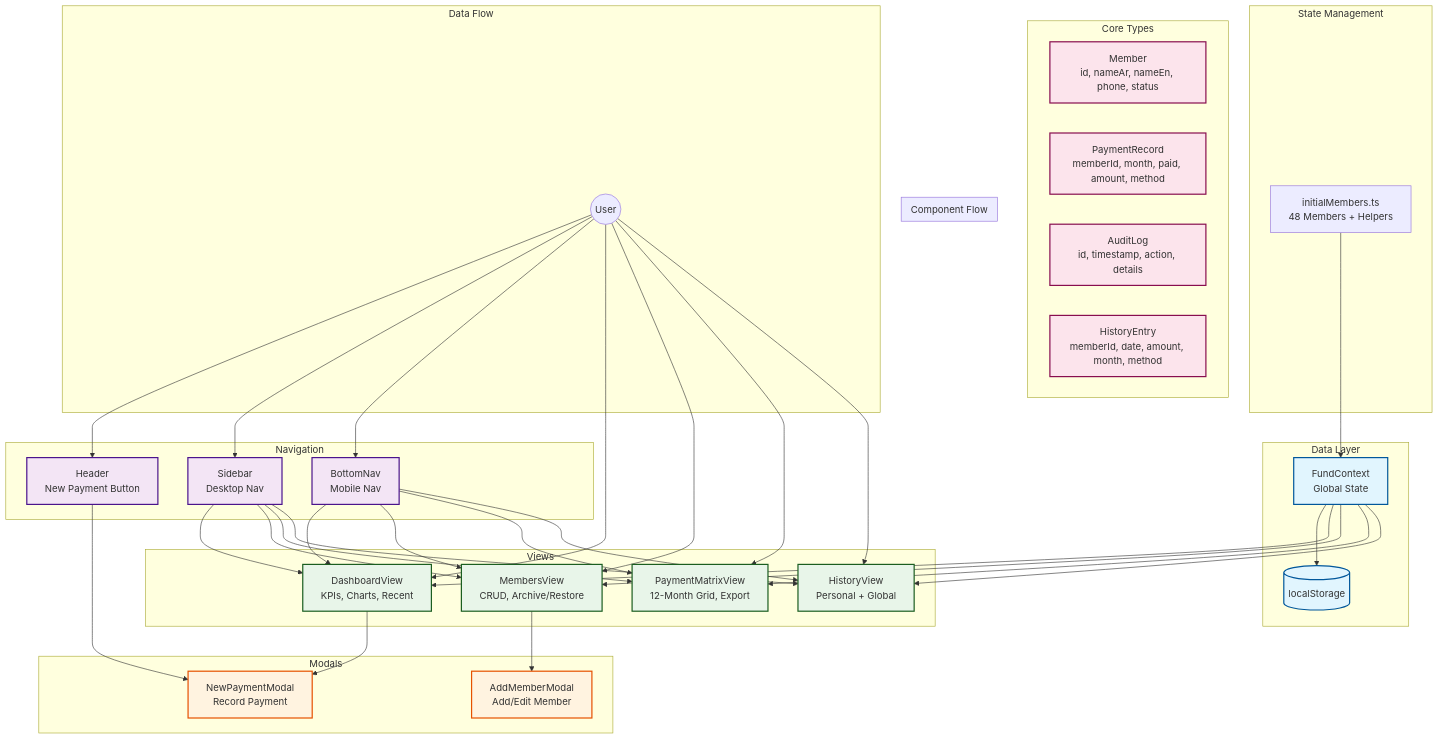
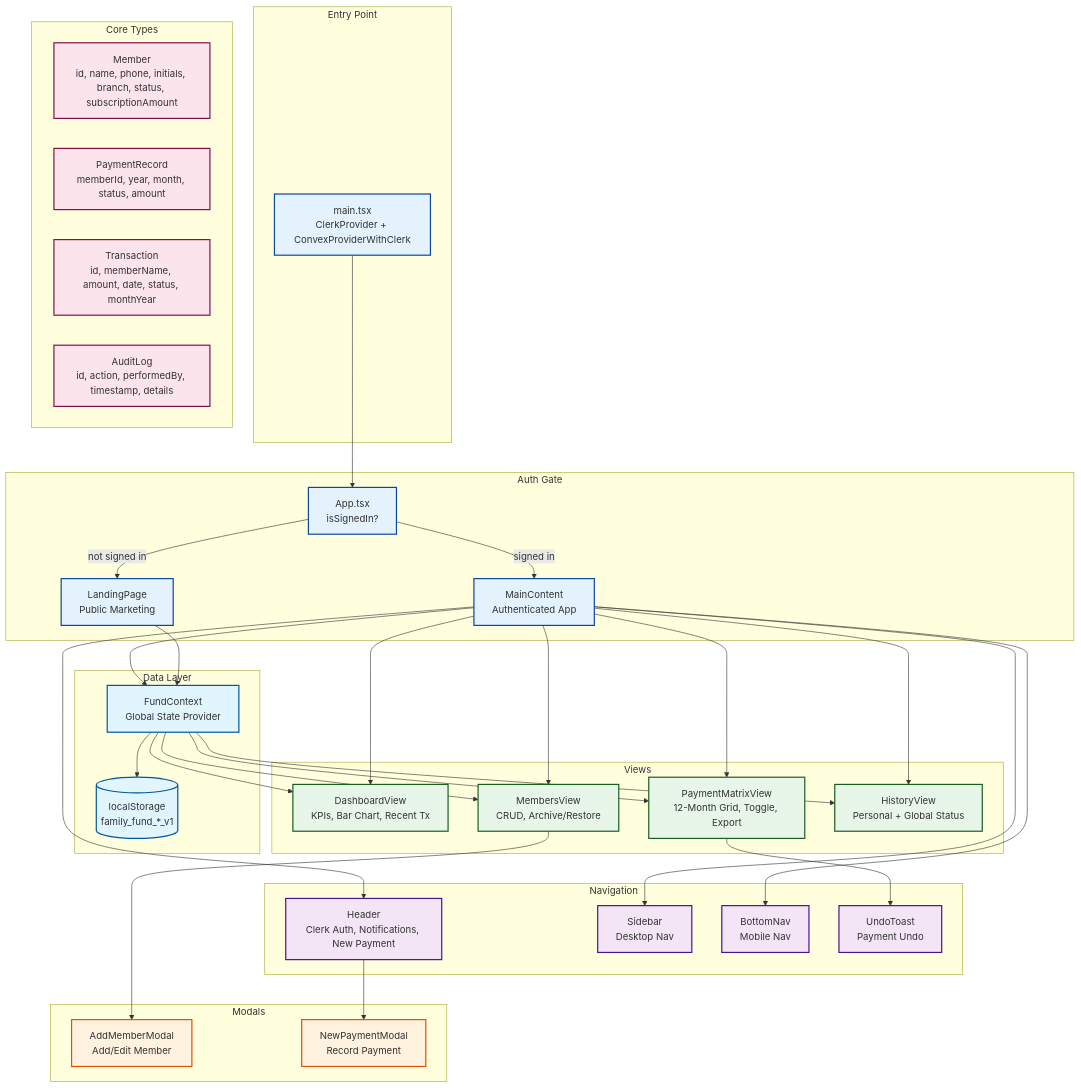
One commit to Abdoocoder/FamilyFund changed the first of 5 diagrams in ARCHITECTURE.md. Above: the diagram before and after it, drawn with Mermaid. The commit also changed other lines of this file and 3 other files, not shown here.

````diff
--- a/ARCHITECTURE.md
+++ b/ARCHITECTURE.md
@@ -3,78 +5,81 @@
 ```mermaid
 graph TB
+    subgraph "Entry Point"
+        MTX[main.tsx<br/>ClerkProvider + ConvexProviderWithClerk]
+    end
+
+    subgraph "Auth Gate"
+        APP[App.tsx<br/>isSignedIn?]
+        LP[LandingPage<br/>Public Marketing]
+        MC[MainContent<br/>Authenticated App]
+    end
+
     subgraph "Data Layer"
-        LS[(localStorage)]
-        GS[FundContext<br/>Global State]
+        LS[(localStorage<br/>family_fund_*_v1)]
+        GS[FundContext<br/>Global State Provider]
     end
 
     subgraph "Core Types"
-        MT[Member<br/>id, nameAr, nameEn, phone, status]
-        PT[PaymentRecord<br/>memberId, month, paid, amount, method]
-        AT[AuditLog<br/>id, timestamp, action, details]
-        HT[HistoryEntry<br/>memberId, date, amount, month, method]
+        MT[Member<br/>id, name, phone, initials, branch, status, subscriptionAmount]
+        PT[PaymentRecord<br/>memberId, year, month, status, amount]
+        TT[Transaction<br/>id, memberName, amount, date, status, monthYear]
+        AT[AuditLog<br/>id, action, performedBy, timestamp, details]
     end
 
     subgraph "Views"
-        DV[DashboardView<br/>KPIs, Charts, Recent]
+        DV[DashboardView<br/>KPIs, Bar Chart, Recent Tx]
         MV[MembersView<br/>CRUD, Archive/Restore]
-        PMV[PaymentMatrixView<br/>12-Month Grid, Export]
-        HV[HistoryView<br/>Personal + Global]
+        PMV[PaymentMatrixView<br/>12-Month Grid, Toggle, Export]
+        HV[HistoryView<br/>Personal + Global Status]
     end
 
     subgraph "Modals"
         ANM[AddMemberModal<br/>Add/Edit Member]
         NPM[NewPaymentModal<br/>Record Payment]
     end
 
     subgraph "Navigation"
-        HD[Header<br/>New Payment Button]
+        HD[Header<br/>Clerk Auth, Notifications, New Payment]
         SB[Sidebar<br/>Desktop Nav]
         BN[BottomNav<br/>Mobile Nav]
+        UT[UndoToast<br/>Payment Undo]
     end
 
-    subgraph "State Management"
-        IM[initialMembers.ts<br/>48 Members + Helpers]
-        IM --> GS
-        GS --> LS
-        GS --> DV
-        GS --> MV
-        GS --> PMV
-        GS --> HV
-    end
+    MTX --> APP
+    APP -->|not signed in| LP
+    APP -->|signed in| MC
+    MC --> GS
+    LP --> GS
+    GS --> LS
 
-    subgraph "Component Flow"
-        HD --> NPM
-        SB --> DV
-        SB --> MV
-        SB --> PMV
-        SB --> HV
-        BN --> DV
-        BN --> MV
-        BN --> PMV
-        BN --> HV
-        MV --> ANM
-        DV --> NPM
-    end
+    MC --> HD
+    MC --> SB
+    MC --> BN
+    MC --> DV
+    MC --> MV
+    MC --> PMV
+    MC --> HV
 
-    subgraph "Data Flow"
-        User((User)) --> HD
-        User --> SB
-        User --> BN
-        User --> DV
-        User --> MV
-        User --> PMV
-        User --> HV
-    end
+    HD --> NPM
+    MV --> ANM
+    PMV --> UT
 
+    GS --> DV
+    GS --> MV
+    GS --> PMV
+    GS --> HV
+
+    classDef auth fill:#e3f2fd,stroke:#0d47a1,stroke-width:2px
     classDef data fill:#e1f5fe,stroke:#01579b,stroke-width:2px
     classDef view fill:#e8f5e9,stroke:#1b5e20,stroke-width:2px
     classDef modal fill:#fff3e0,stroke:#e65100,stroke-width:2px
     classDef nav fill:#f3e5f5,stroke:#4a148c,stroke-width:2px
     classDef type fill:#fce4ec,stroke:#880e4f,stroke-width:2px
 
+    class MTX,APP,LP,MC auth
     class LS,GS data
     class DV,MV,PMV,HV view
     class ANM,NPM modal
-    class HD,SB,BN nav
-    class MT,PT,AT,HT type
+    class HD,SB,BN,UT nav
+    class MT,PT,TT,AT type
 ```
````
